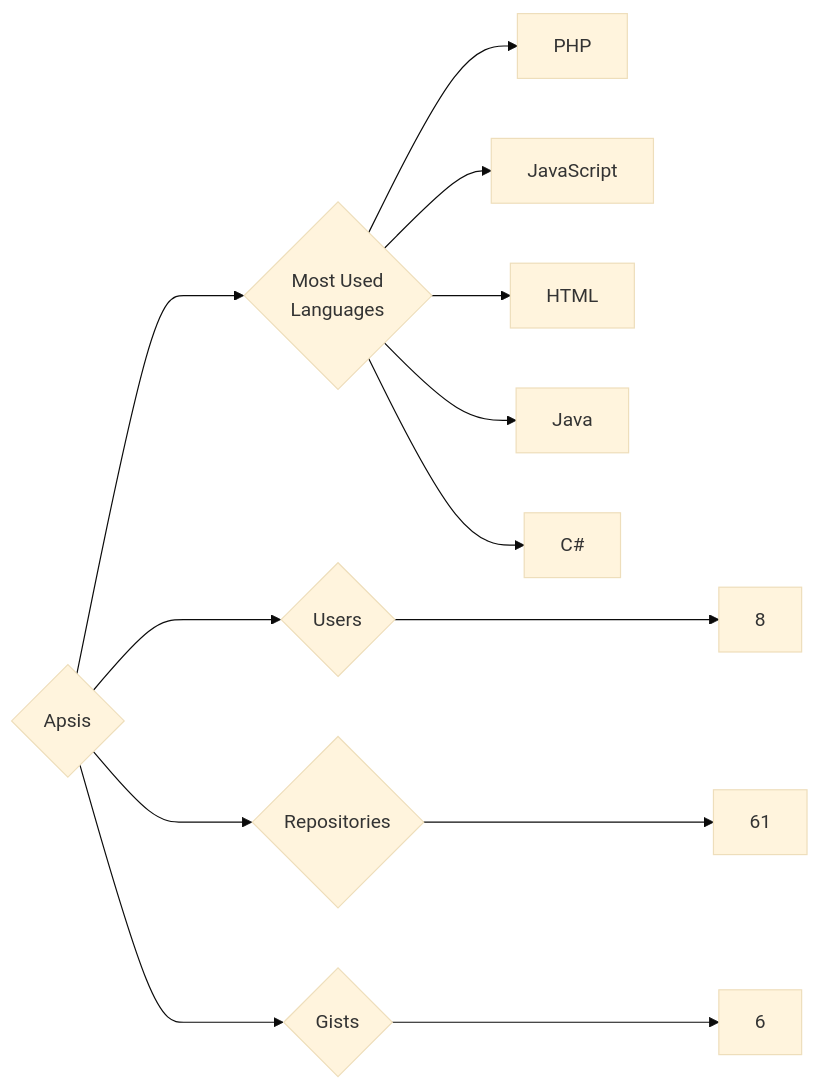
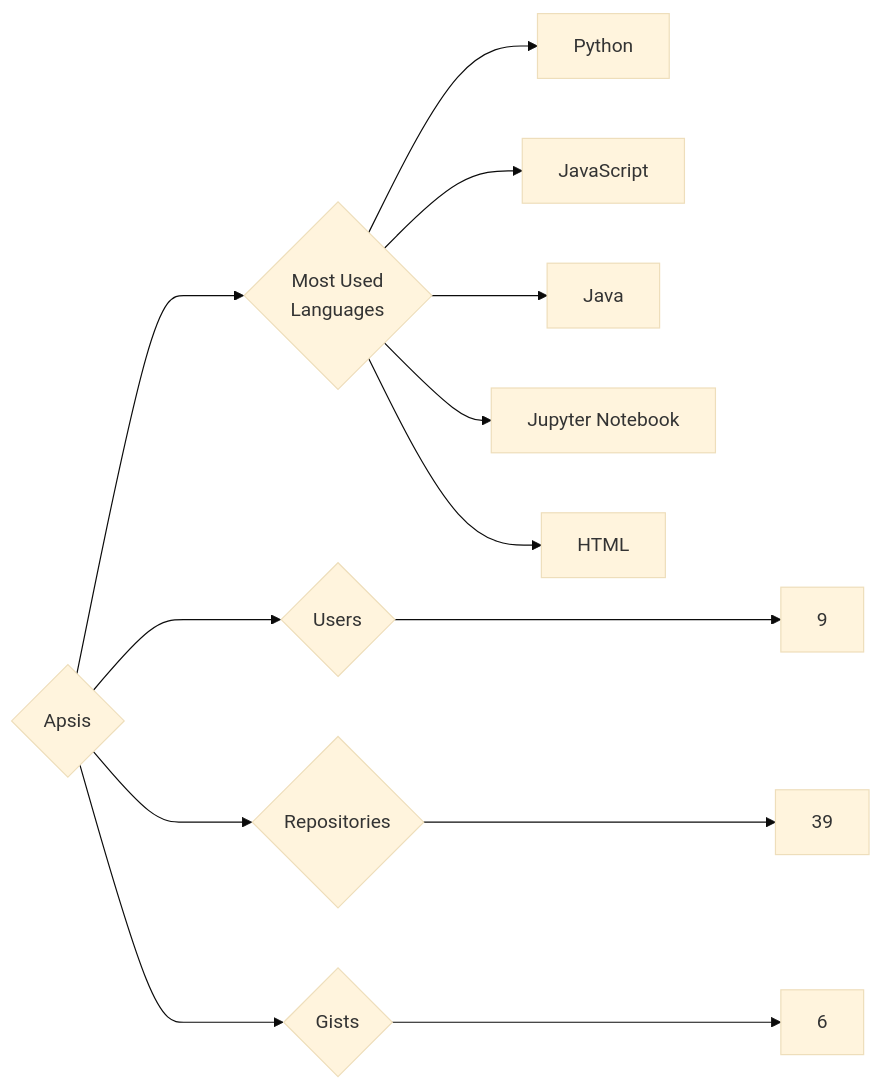
The diagram in targets/Apsis/README.md (trickest/insiders), drawn with Mermaid (base theme) before and after one commit. The commit also changed 1149 other files, not shown here.

````diff
--- a/targets/Apsis/README.md
+++ b/targets/Apsis/README.md
@@ -3,13 +3,13 @@
 ```mermaid
 graph LR
 COMPANY_NAME{Apsis}
-COMPANY_NAME ---> U{Users} ---> UN[8]
-COMPANY_NAME ---> R{Repositories} ---> RN[61]
+COMPANY_NAME ---> U{Users} ---> UN[9]
+COMPANY_NAME ---> R{Repositories} ---> RN[39]
 COMPANY_NAME ---> G{Gists} ---> GN[6]
 COMPANY_NAME ---> ML{Most Used<br>Languages}
-ML --> PHP[PHP]
+ML --> Python[Python]
 ML --> JavaScript[JavaScript]
+ML --> Java[Java]
+ML --> Jupyter_Notebook[Jupyter Notebook]
 ML --> HTML[HTML]
-ML --> Java[Java]
-ML --> C#[C#]
 ```
````
